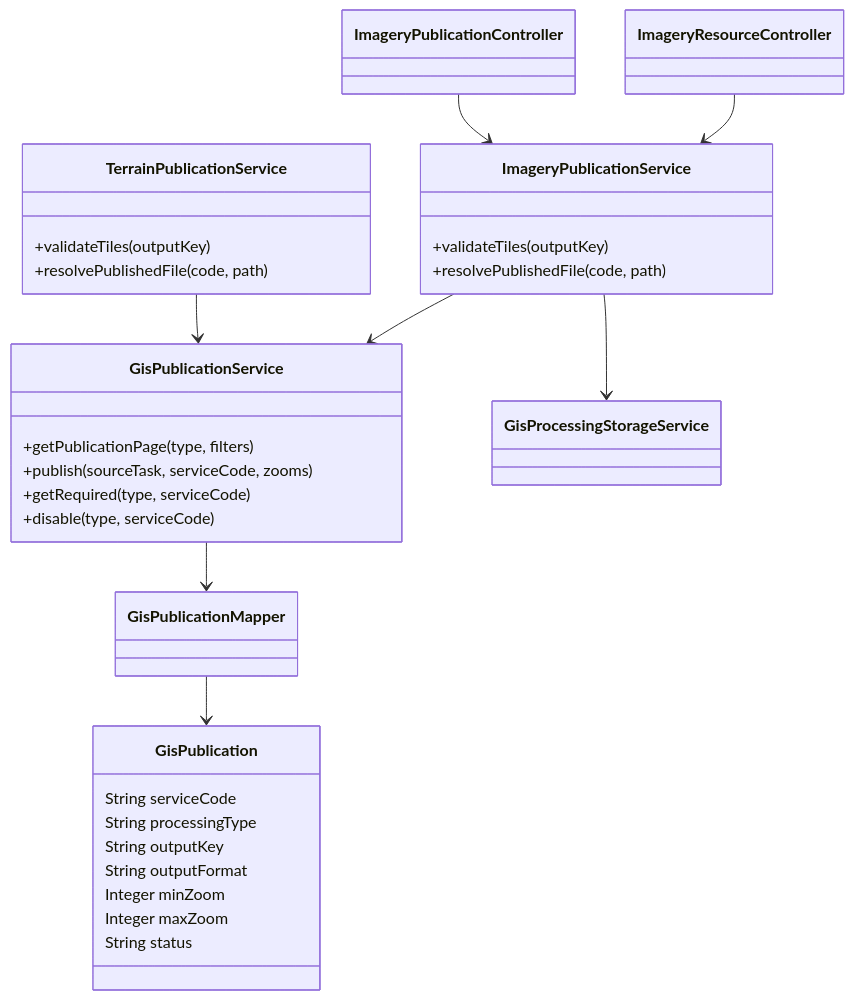
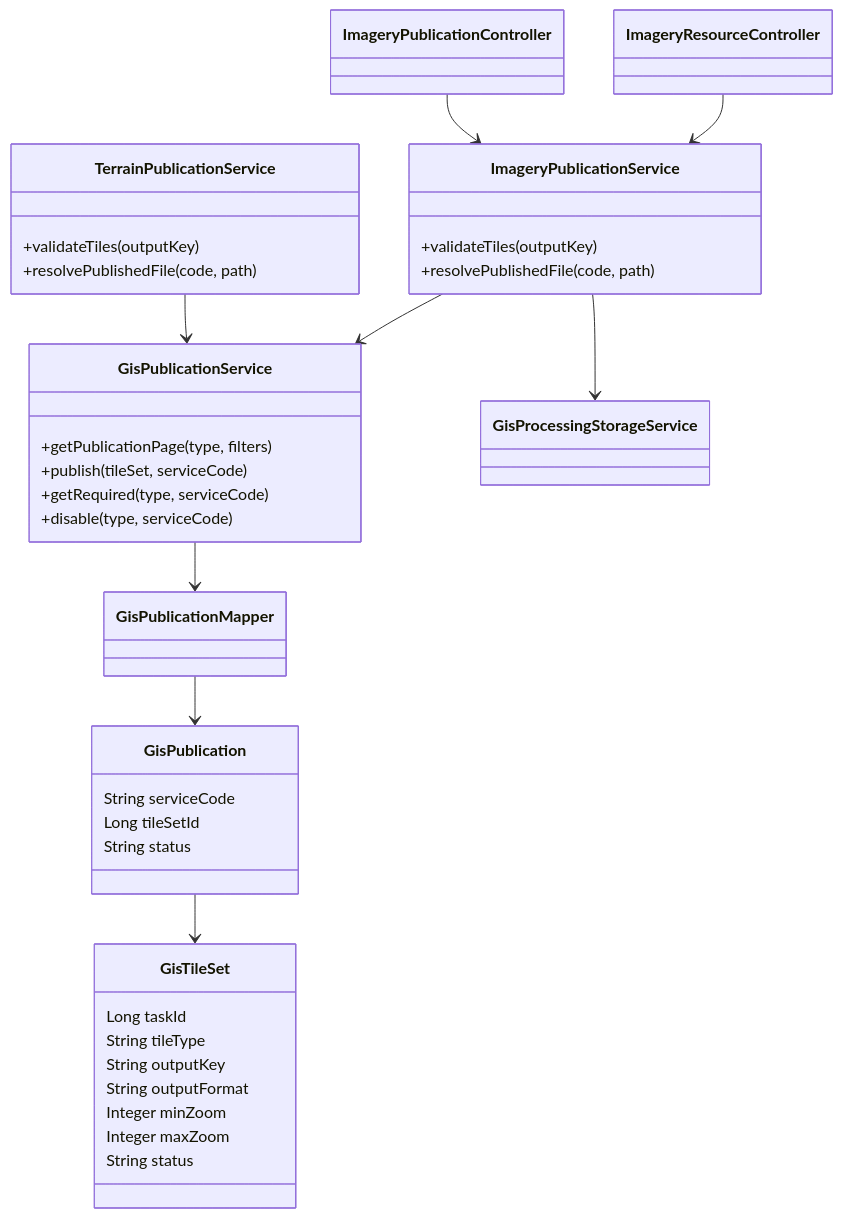
Before and after one commit to ch-dpf/Ocean_Admin_Service: the first of 2 diagrams in docs/imagery-publication-uml.md, drawn with Mermaid. The commit also changed other lines of this file and 36 other files, not shown here.

````diff
--- a/docs/imagery-publication-uml.md
+++ b/docs/imagery-publication-uml.md
@@ -9,38 +9,44 @@
 ```mermaid
 classDiagram
     class GisPublication {
         String serviceCode
-        String processingType
+        Long tileSetId
+        String status
+    }
+    class GisTileSet {
+        Long taskId
+        String tileType
         String outputKey
         String outputFormat
         Integer minZoom
         Integer maxZoom
         String status
     }
     class GisPublicationService {
         +getPublicationPage(type, filters)
-        +publish(sourceTask, serviceCode, zooms)
+        +publish(tileSet, serviceCode)
         +getRequired(type, serviceCode)
         +disable(type, serviceCode)
     }
     class TerrainPublicationService {
         +validateTiles(outputKey)
         +resolvePublishedFile(code, path)
     }
     class ImageryPublicationService {
         +validateTiles(outputKey)
         +resolvePublishedFile(code, path)
     }
     class ImageryPublicationController
     class ImageryResourceController
     class GisPublicationMapper
     class GisProcessingStorageService
 
     GisPublicationService --> GisPublicationMapper
     GisPublicationMapper --> GisPublication
+    GisPublication --> GisTileSet
     TerrainPublicationService --> GisPublicationService
     ImageryPublicationService --> GisPublicationService
     ImageryPublicationService --> GisProcessingStorageService
     ImageryPublicationController --> ImageryPublicationService
     ImageryResourceController --> ImageryPublicationService
 ```
````
